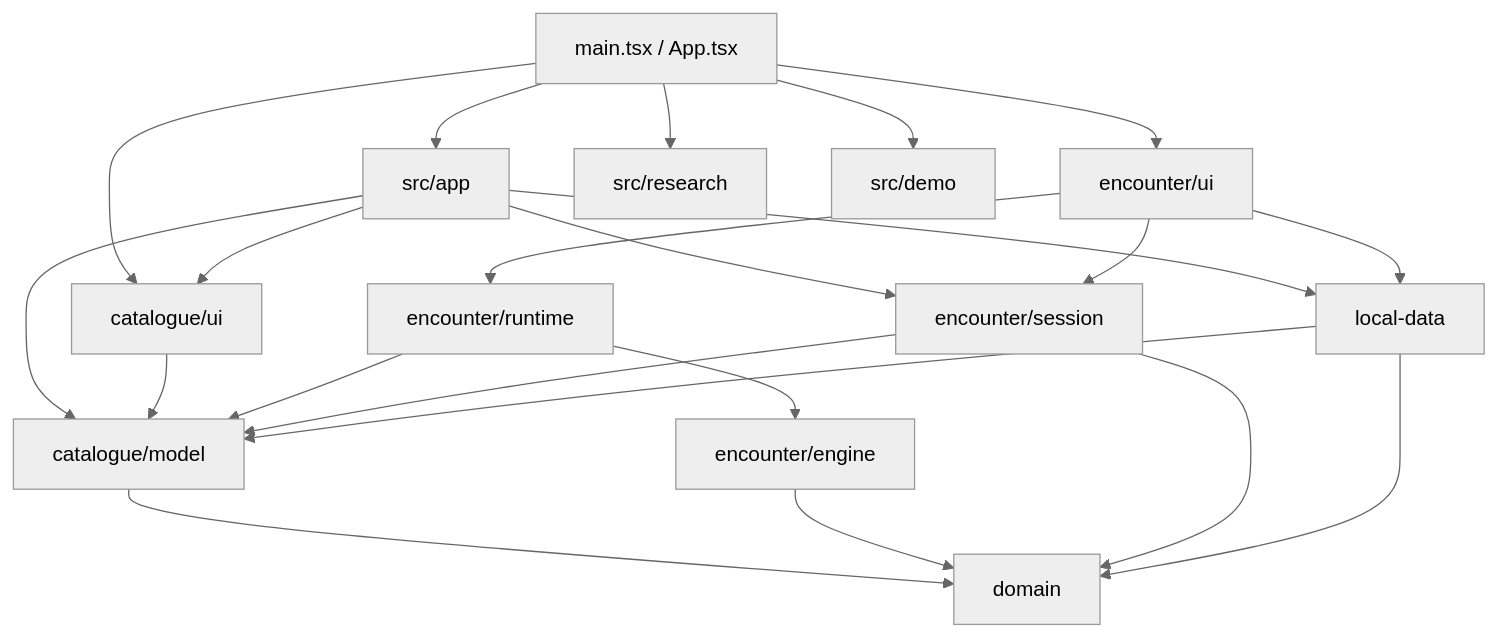
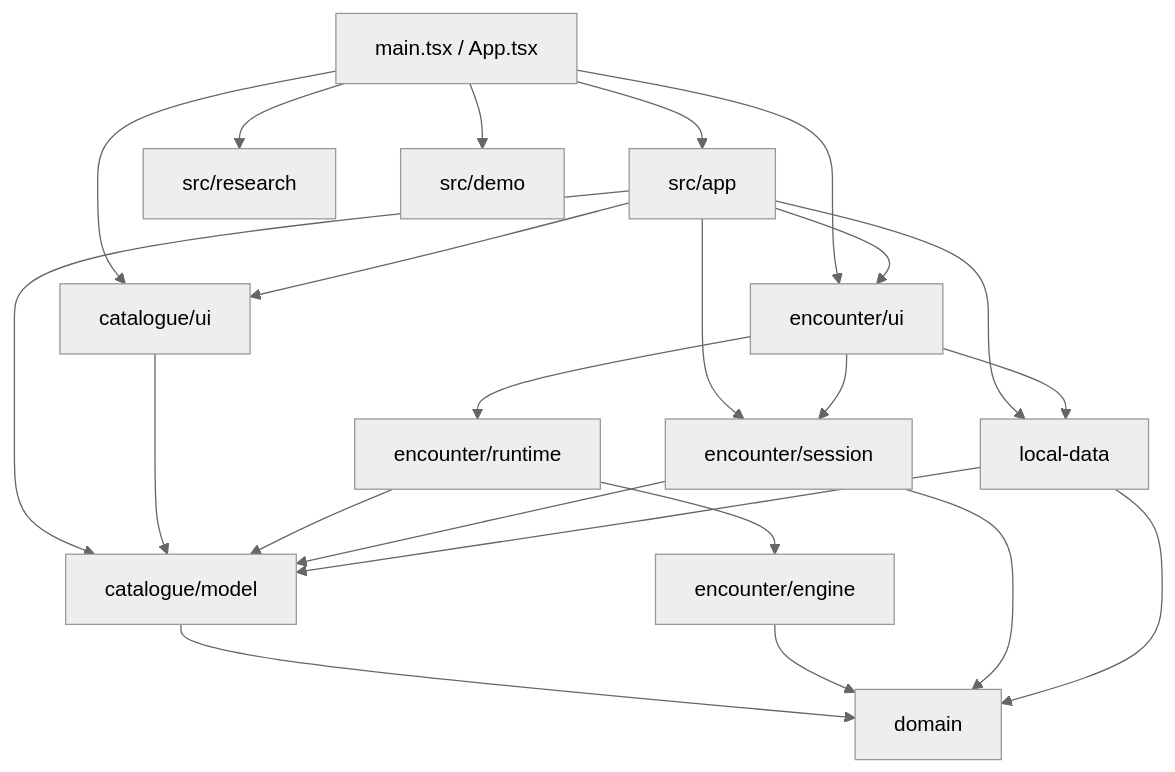
Before and after one commit to sebastianspicker/catflix: the first of 2 diagrams in docs/ARCHITECTURE.md, drawn with Mermaid (neutral theme). The commit also changed 3 other files, not shown here.

Commit message:
refactor(architecture): declarative boundary config and TS import parsing

````diff
--- a/docs/ARCHITECTURE.md
+++ b/docs/ARCHITECTURE.md
@@ -34,27 +34,28 @@
 ```mermaid
 flowchart TD
     root[main.tsx / App.tsx] --> app[src/app]
     root --> catalogueUI[catalogue/ui]
     root --> encounterUI[encounter/ui]
     root --> research[src/research]
     root --> demo[src/demo]
 
     app --> catalogueModel[catalogue/model]
     app --> encounterSession[encounter/session]
     app --> localData[local-data]
     app --> catalogueUI
+    app --> encounterUI
 
     catalogueUI --> catalogueModel
     encounterUI --> encounterSession
     encounterUI --> encounterRuntime[encounter/runtime]
     encounterUI --> localData
     encounterRuntime --> encounterEngine[encounter/engine]
     encounterRuntime --> catalogueModel
     encounterSession --> catalogueModel
     localData --> catalogueModel
 
     catalogueModel --> domain[domain]
     encounterEngine --> domain
     encounterSession --> domain
     localData --> domain
 ```
````
